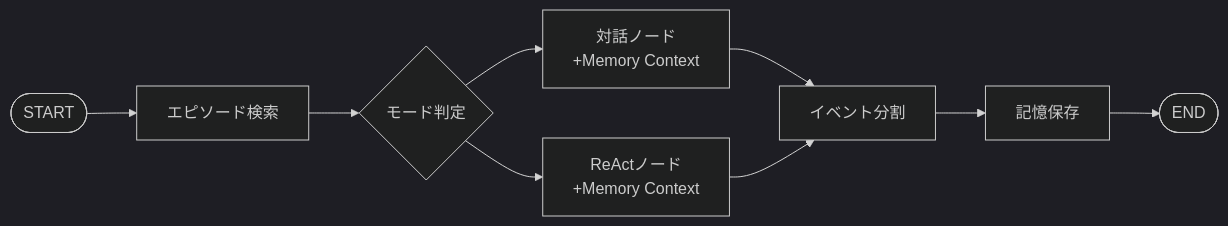
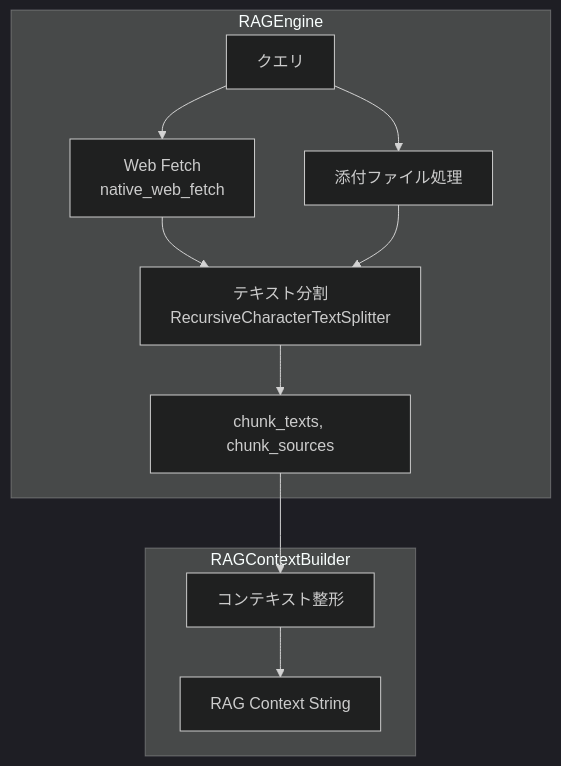
One commit to coco4atJP/Tepora-alpha changed the fourth of 8 diagrams in docs/architecture/ARCHITECTURE.md. Above: the diagram before and after it, drawn with Mermaid (dark theme). The commit also changed other lines of this file and 181 other files, not shown here.

````diff
--- a/docs/architecture/ARCHITECTURE.md
+++ b/docs/architecture/ARCHITECTURE.md
@@ -581,11 +664,15 @@
 ```mermaid
-graph LR
-    START([START]) --> RETRIEVE[エピソード検索]
-    RETRIEVE --> ROUTER{モード判定}
-    ROUTER --> CONV[対話ノード<br/>+Memory Context]
-    ROUTER --> REACT[ReActノード<br/>+Memory Context]
-    CONV --> SEGMENT[イベント分割]
-    REACT --> SEGMENT
-    SEGMENT --> STORE[記憶保存]
-    STORE --> END([END])
+graph TB
+    subgraph RAGEngine
+        Query[クエリ] --> FetchWeb[Web Fetch<br/>native_web_fetch]
+        Query --> ProcessAtt[添付ファイル処理]
+        FetchWeb --> Split[テキスト分割<br/>RecursiveCharacterTextSplitter]
+        ProcessAtt --> Split
+        Split --> Chunks[chunk_texts, chunk_sources]
+    end
+    
+    subgraph RAGContextBuilder
+        Chunks --> Format[コンテキスト整形]
+        Format --> Output[RAG Context String]
+    end
 ```
````
